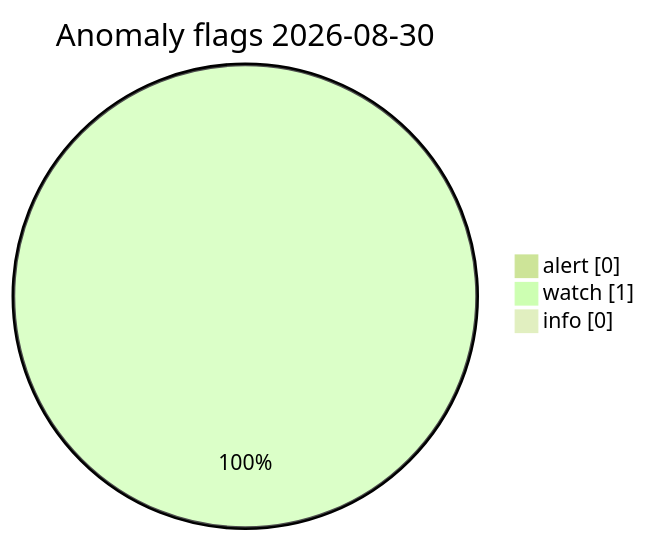
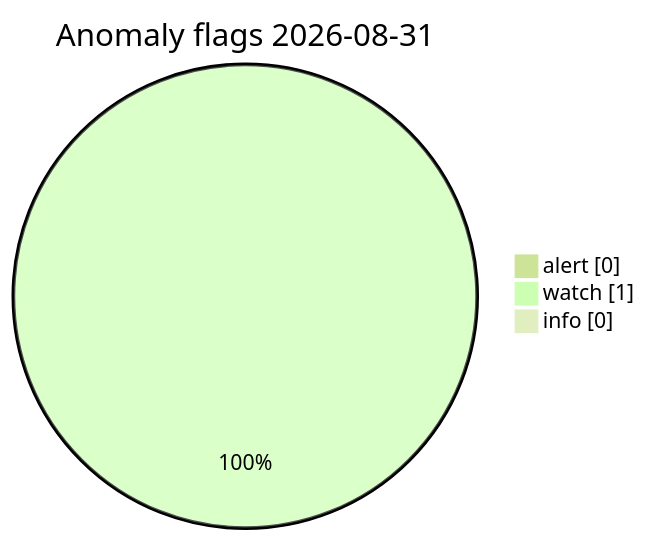
Before and after one commit to Midwest-Stratospheric/Unified-Open-Global-Weather: the diagram in visuals/latest/CHARTS.md, drawn with Mermaid (forest theme). The commit also changed other lines of this file and 11 other files, not shown here.

Commit message:
data(visuals): automated charts 2026-08-31T06:23Z

````diff
--- a/visuals/latest/CHARTS.md
+++ b/visuals/latest/CHARTS.md
@@ -73,7 +73,7 @@
 ```mermaid
 pie showData
-  title Anomaly flags 2026-08-30
+  title Anomaly flags 2026-08-31
   "alert" : 0
   "watch" : 1
   "info" : 0
 ```
````
